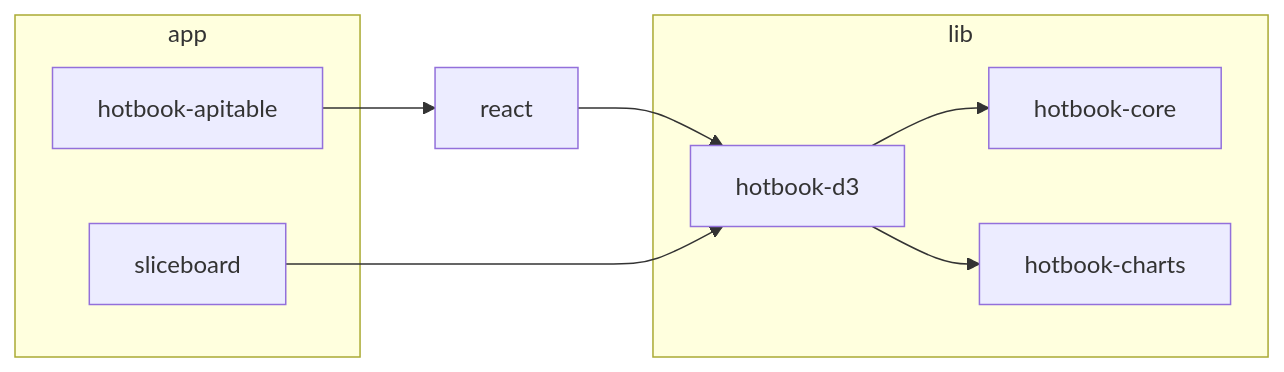
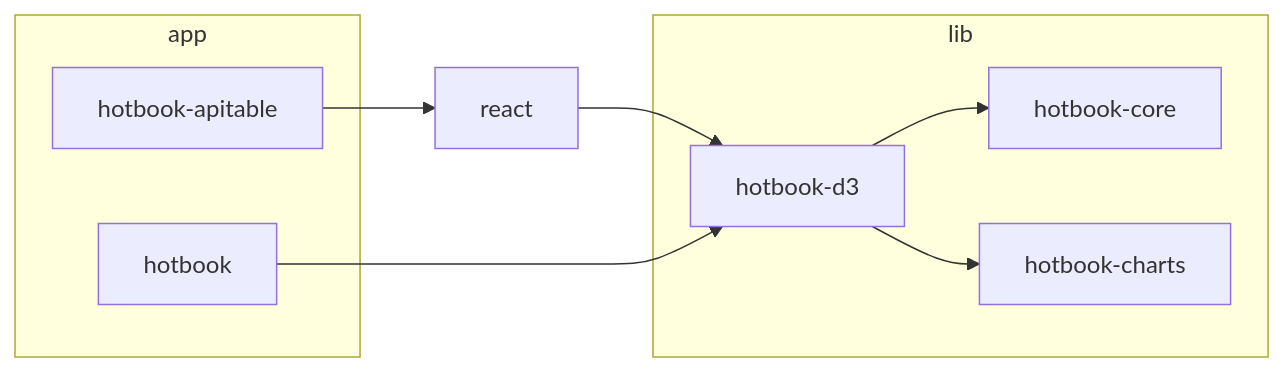
Before and after one commit to WinstonFassett/hotbook: the diagram in README.md, drawn with Mermaid. The commit also changed other lines of this file and 43 other files, not shown here.

Commit message:
chore: Rename sliceboard to hotbook throughout codebase

````diff
--- a/README.md
+++ b/README.md
@@ -9,18 +9,18 @@
 ```mermaid
 graph LR
   subgraph lib["lib"]
     core["hotbook-core"]
     charts["hotbook-charts"]
     vanilla["hotbook-d3"]
   end
   subgraph app["app"]
     apitable["hotbook-apitable"]
-    sliceboard["sliceboard"]
+    hotbook["hotbook"]
   end
 
   vanilla --> core
   vanilla --> charts
   react --> vanilla
   apitable --> react
-  sliceboard --> vanilla
+  hotbook --> vanilla
 ```
````
